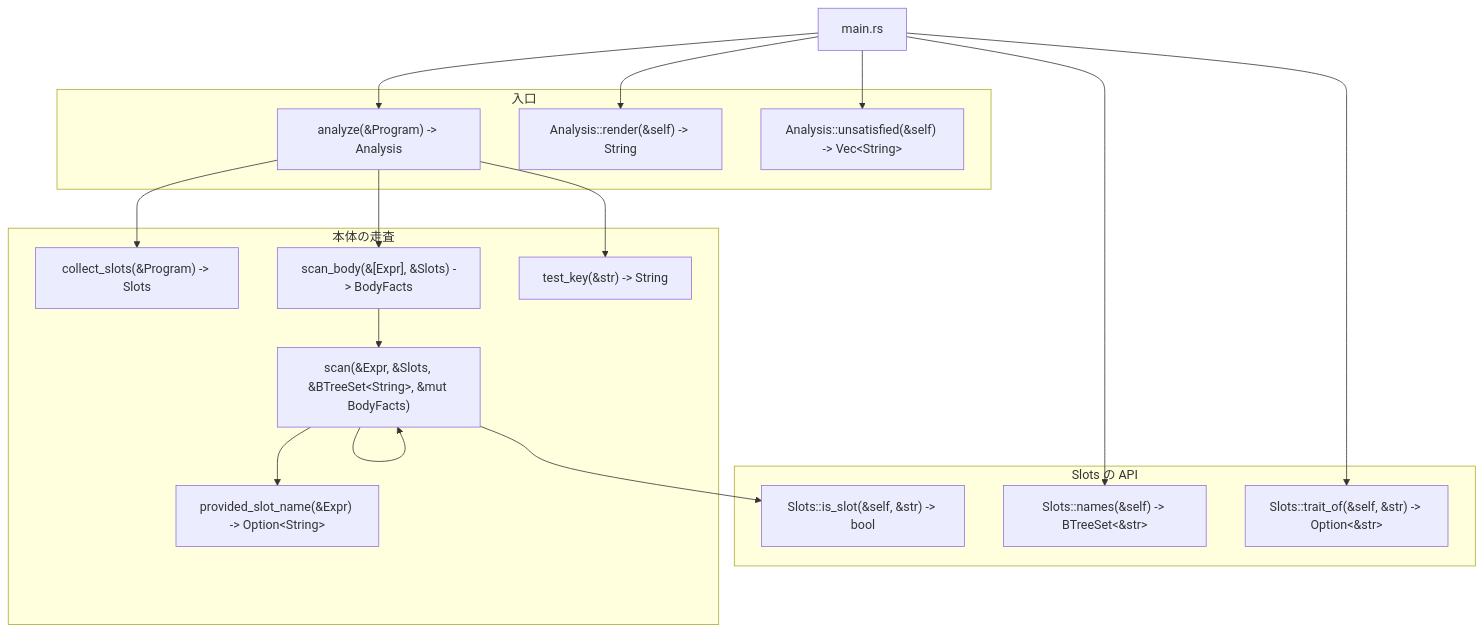
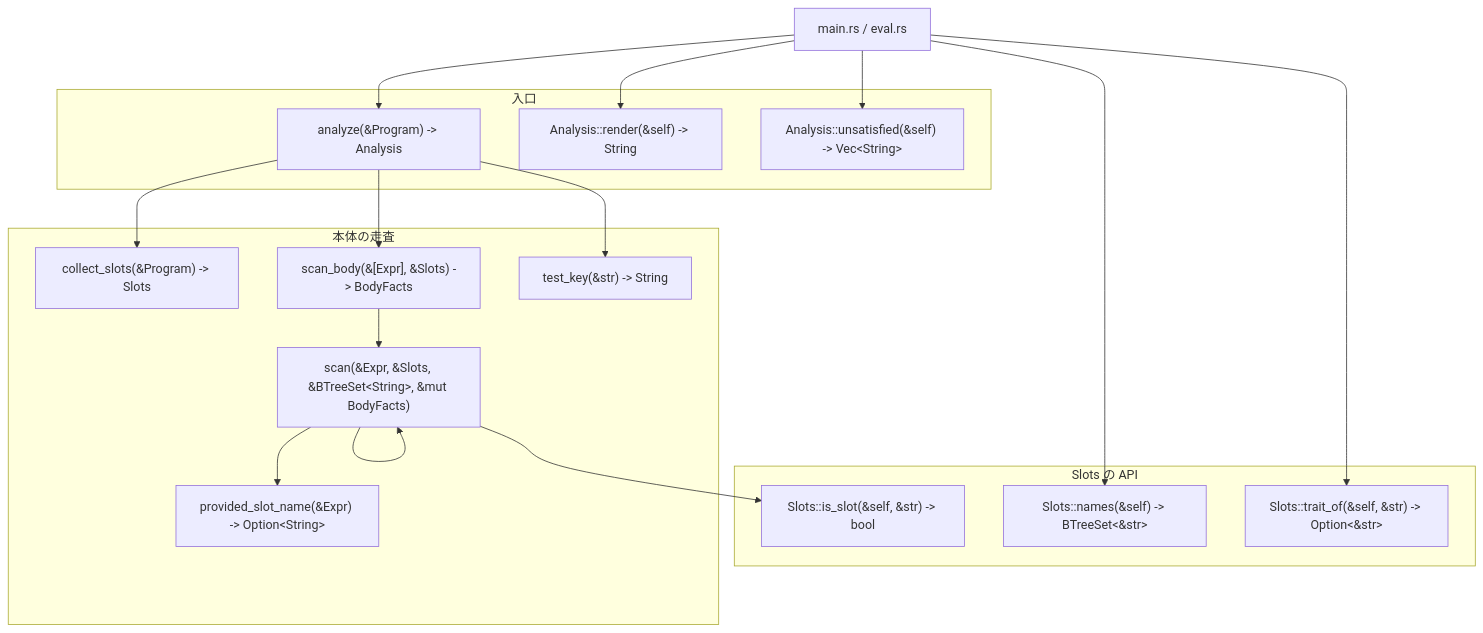
Before and after one commit to mikan-919/rhodolite: the first of 2 diagrams in docs/requirement-map.md, drawn with Mermaid. The commit also changed 8 other files, not shown here.

````diff
--- a/docs/requirement-map.md
+++ b/docs/requirement-map.md
@@ -7,39 +7,39 @@
 ```mermaid
 flowchart TD
-    main["main.rs"]
+    main["main.rs / eval.rs"]
 
     subgraph entry["入口"]
         analyze["analyze(&Program) -> Analysis"]
         render["Analysis::render(&self) -> String"]
         unsat["Analysis::unsatisfied(&self) -> Vec&lt;String&gt;"]
     end
 
     subgraph body["本体の走査"]
         collect["collect_slots(&Program) -> Slots"]
         scan_body["scan_body(&[Expr], &Slots) -> BodyFacts"]
         scan["scan(&Expr, &Slots, &BTreeSet&lt;String&gt;, &mut BodyFacts)"]
         psn["provided_slot_name(&Expr) -> Option&lt;String&gt;"]
         test_key["test_key(&str) -> String"]
     end
 
     subgraph slots_api["Slots の API"]
         is_slot["Slots::is_slot(&self, &str) -> bool"]
         trait_of["Slots::trait_of(&self, &str) -> Option&lt;&str&gt;"]
         names["Slots::names(&self) -> BTreeSet&lt;&str&gt;"]
     end
 
     main --> analyze
     main --> render
     main --> unsat
     main --> names
     main --> trait_of
 
     analyze --> collect
     analyze --> scan_body
     analyze --> test_key
 
     scan_body --> scan
     scan --> scan
     scan --> psn
     scan --> is_slot
 ```
````
